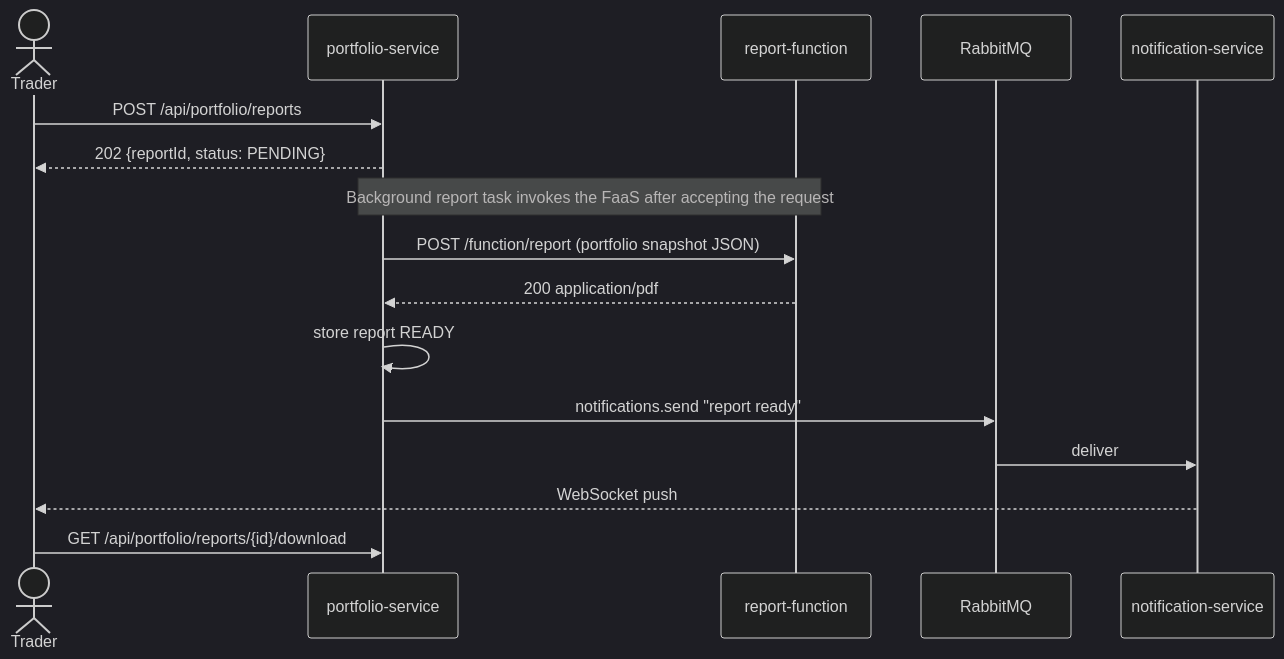
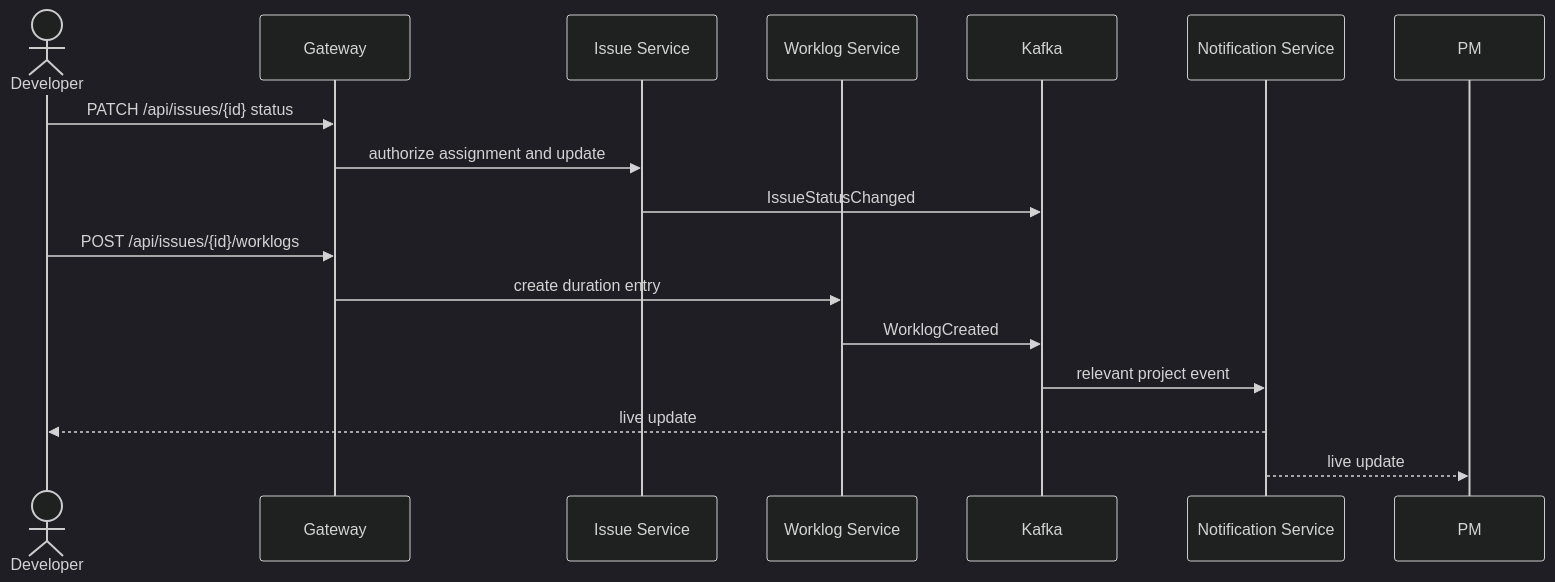
Before and after one commit to MARKUCI14/teamFlow: the second of 3 diagrams in docs/architecture/uml-diagrams.md, drawn with Mermaid (dark theme). The commit also changed other lines of this file and 39 other files, not shown here.

````diff
--- a/docs/architecture/uml-diagrams.md
+++ b/docs/architecture/uml-diagrams.md
@@ -67,19 +30,18 @@
 ```mermaid
 sequenceDiagram
-  actor T as Trader
-  participant P as portfolio-service
-  participant F as report-function
-  participant R as RabbitMQ
-  participant NS as notification-service
-
-  T->>P: POST /api/portfolio/reports
-  P-->>T: 202 {reportId, status: PENDING}
-  Note over P,F: Background report task invokes the FaaS after accepting the request
-  P->>F: POST /function/report (portfolio snapshot JSON)
-  F-->>P: 200 application/pdf
-  P->>P: store report READY
-  P->>R: notifications.send "report ready"
-  R->>NS: deliver
-  NS-->>T: WebSocket push
-  T->>P: GET /api/portfolio/reports/{id}/download
+  actor D as Developer
+  participant G as Gateway
+  participant I as Issue Service
+  participant W as Worklog Service
+  participant K as Kafka
+  participant N as Notification Service
+  D->>G: PATCH /api/issues/{id} status
+  G->>I: authorize assignment and update
+  I->>K: IssueStatusChanged
+  D->>G: POST /api/issues/{id}/worklogs
+  G->>W: create duration entry
+  W->>K: WorklogCreated
+  K->>N: relevant project event
+  N-->>D: live update
+  N-->>PM: live update
 ```
````
